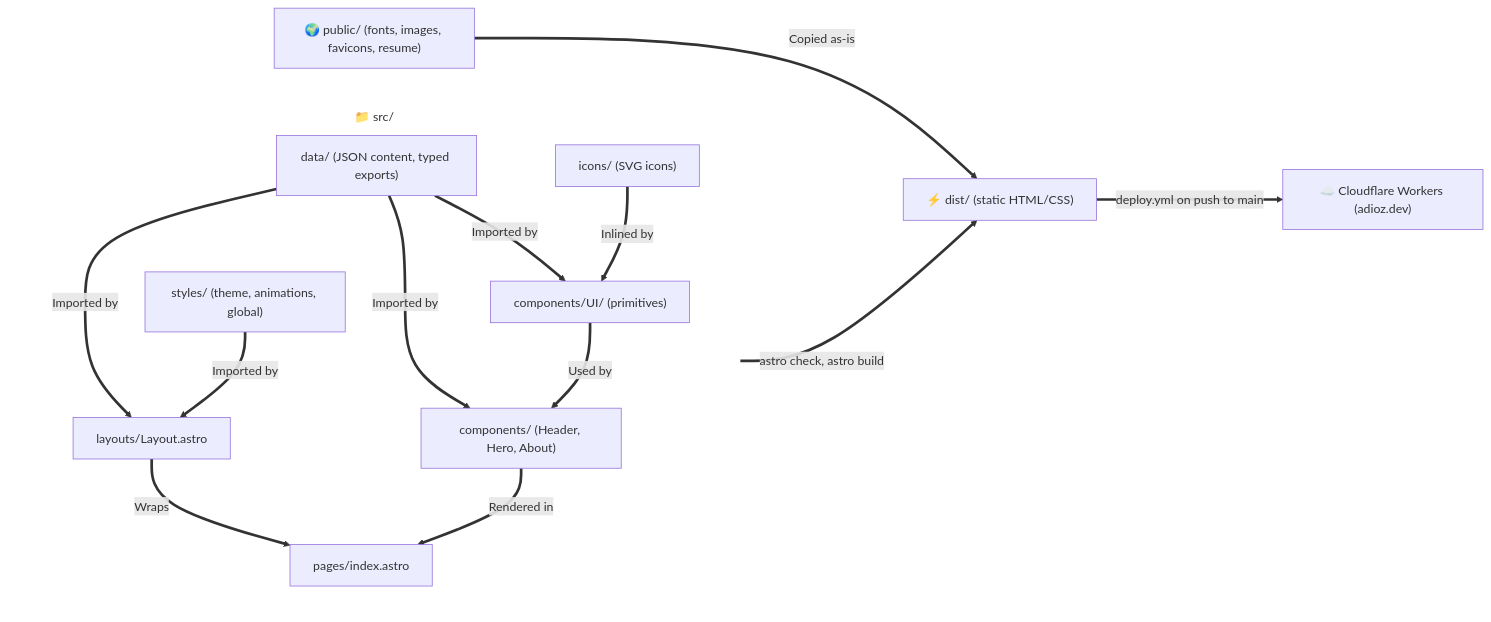
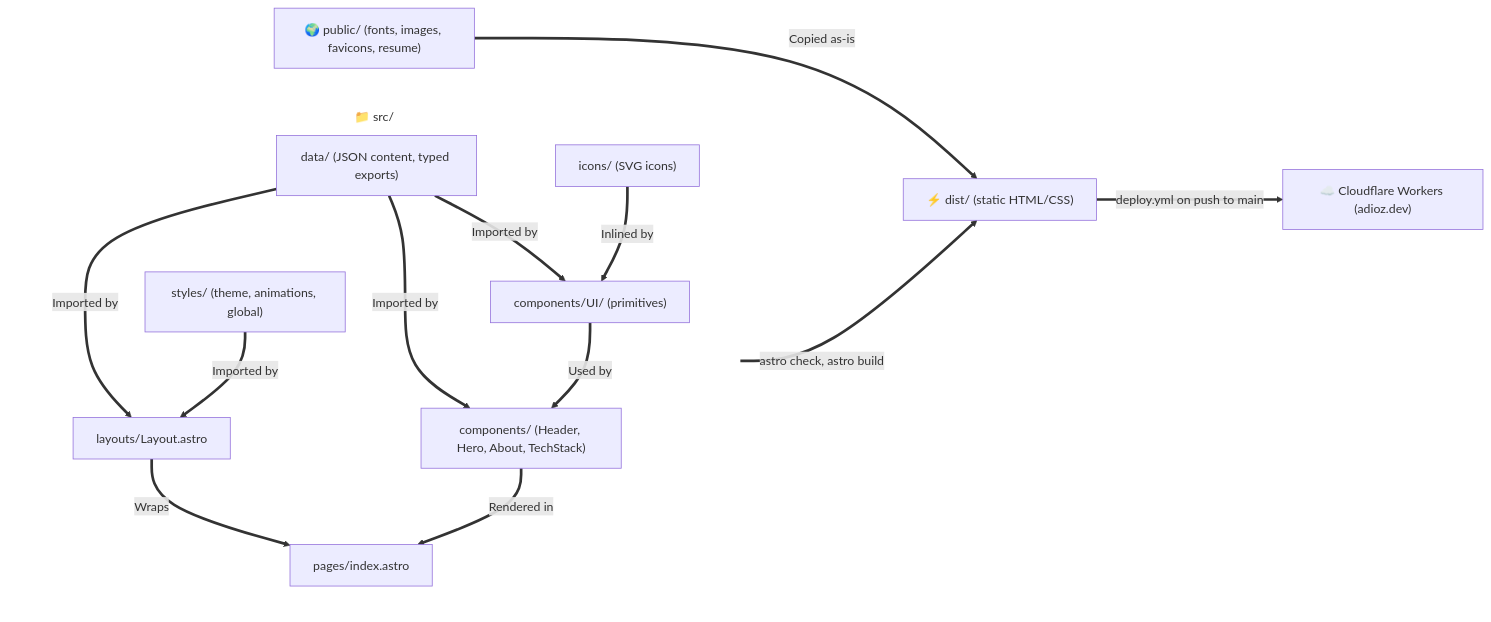
Before and after one commit to adiozeshitemi/adioz-profile: the diagram in docs/architecture.md, drawn with Mermaid. The commit also changed other lines of this file and 1 other file, not shown here.

First line of the commit message:
docs: document the tech stack section

````diff
--- a/docs/architecture.md
+++ b/docs/architecture.md
@@ -9,31 +9,31 @@
 ```mermaid
 flowchart LR
     %% Define invisible styling for subgraphs to remove backgrounds and borders
     classDef transparent fill:none,stroke:none;
 
     subgraph Src ["📁 src/"]
         direction TB
         Data["data/ (JSON content, typed exports)"]
         Styles["styles/ (theme, animations, global)"]
         Icons["icons/ (SVG icons)"]
         UI["components/UI/ (primitives)"]
-        Sections["components/ (Header, Hero, About)"]
+        Sections["components/ (Header, Hero, About, TechStack)"]
         Layout["layouts/Layout.astro"]
         Page["pages/index.astro"]
     end
 
     Icons ==>|Inlined by| UI
     Data ==>|Imported by| UI
     Data ==>|Imported by| Sections
     UI ==>|Used by| Sections
     Data ==>|Imported by| Layout
     Styles ==>|Imported by| Layout
     Sections ==>|Rendered in| Page
     Layout ==>|Wraps| Page
     Page ==>|astro check, astro build| Dist["⚡ dist/ (static HTML/CSS)"]
     Public["🌍 public/ (fonts, images, favicons, resume)"] ==>|Copied as-is| Dist
     Dist ==>|deploy.yml on push to main| Workers["☁️ Cloudflare Workers (adioz.dev)"]
 
     %% Apply transparent class to subgraphs
     class Src transparent;
 ```
````
